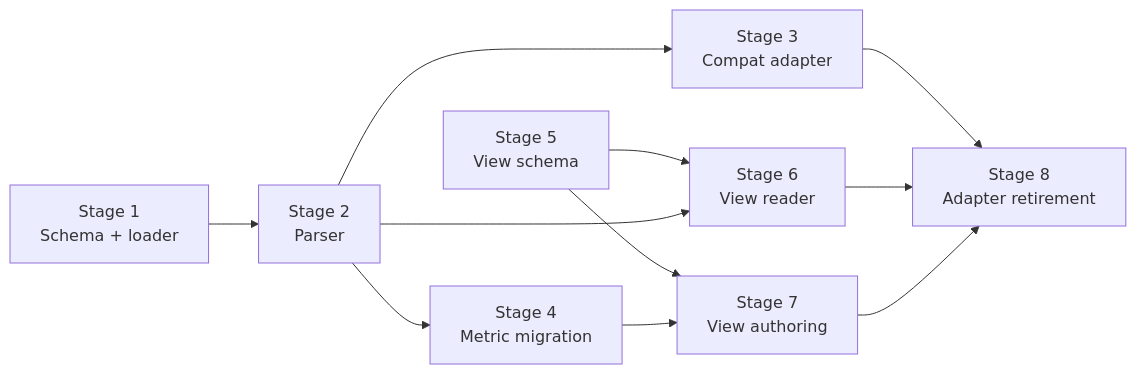
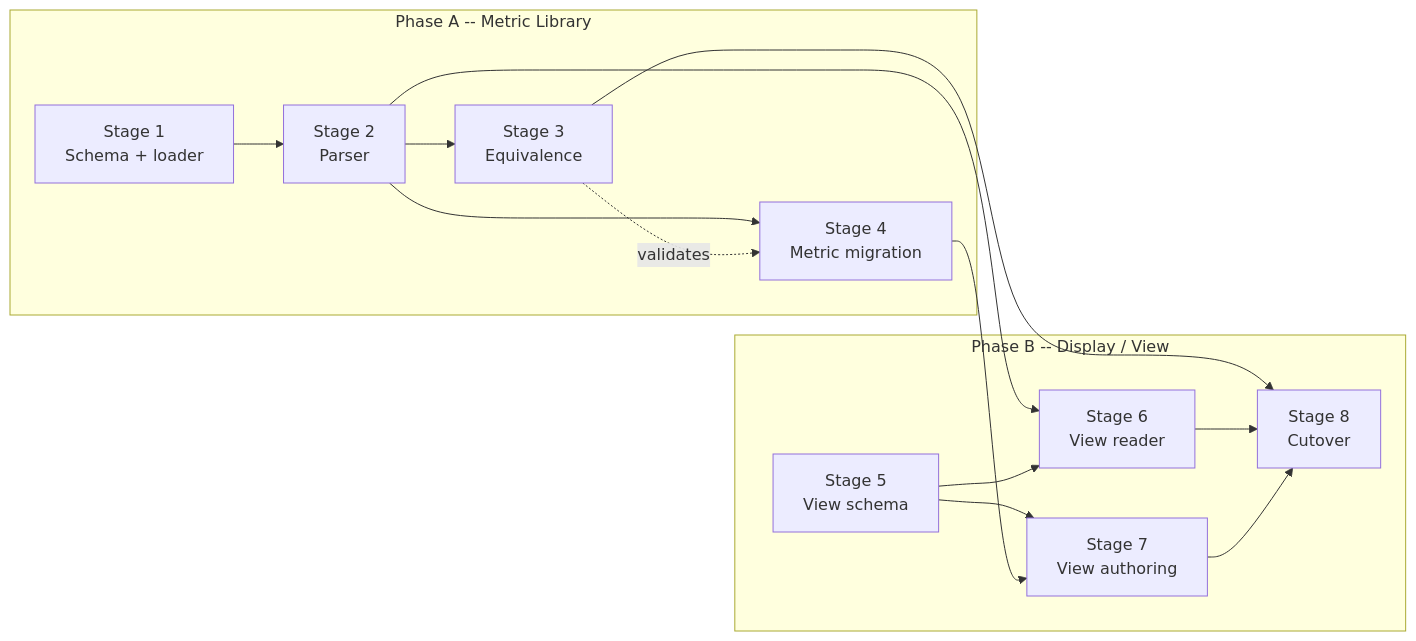
The fifth of 6 diagrams in projects/rocprofiler-compute/docs/design/analysis-config-redesign/lld-index.md (ROCm/rocm-systems), drawn with Mermaid before and after one commit. The commit also changed other lines of this file and 41 other files, not shown here.

First line of the commit message:
feat(rocprofiler-compute): Add metric library for gfx908 and gfx90a (#13522)

````diff
--- a/projects/rocprofiler-compute/docs/design/analysis-config-redesign/lld-index.md
+++ b/projects/rocprofiler-compute/docs/design/analysis-config-redesign/lld-index.md
@@ -174,22 +178,27 @@
 ```mermaid
 flowchart LR
-    S1["Stage 1<br/>Schema + loader"]
-    S2["Stage 2<br/>Parser"]
-    S3["Stage 3<br/>Compat adapter"]
-    S4["Stage 4<br/>Metric migration"]
-    S5["Stage 5<br/>View schema"]
-    S6["Stage 6<br/>View reader"]
-    S7["Stage 7<br/>View authoring"]
-    S8["Stage 8<br/>Adapter retirement"]
+    subgraph PA["Phase A -- Metric Library"]
+        S1["Stage 1<br/>Schema + loader"]
+        S2["Stage 2<br/>Parser"]
+        S3["Stage 3<br/>Equivalence"]
+        S4["Stage 4<br/>Metric migration"]
+    end
+    subgraph PB["Phase B -- Display / View"]
+        S5["Stage 5<br/>View schema"]
+        S6["Stage 6<br/>View reader"]
+        S7["Stage 7<br/>View authoring"]
+        S8["Stage 8<br/>Cutover"]
+    end
 
     S1 --> S2
     S2 --> S3
     S2 --> S4
+    S3 -.->|validates| S4
+    S2 --> S6
     S5 --> S6
     S5 --> S7
-    S2 --> S6
     S4 --> S7
     S3 --> S8
     S6 --> S8
     S7 --> S8
 ```
````
